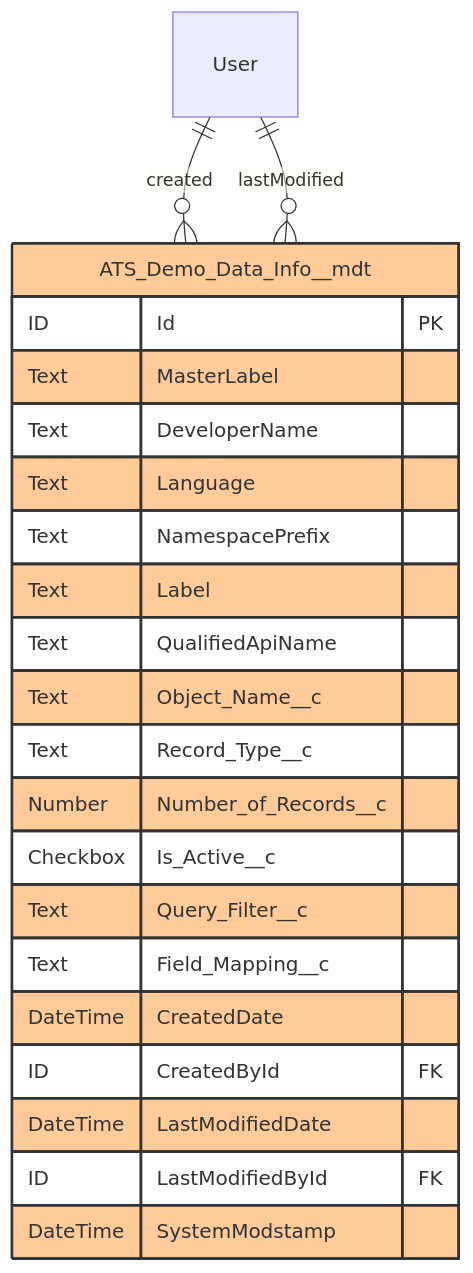
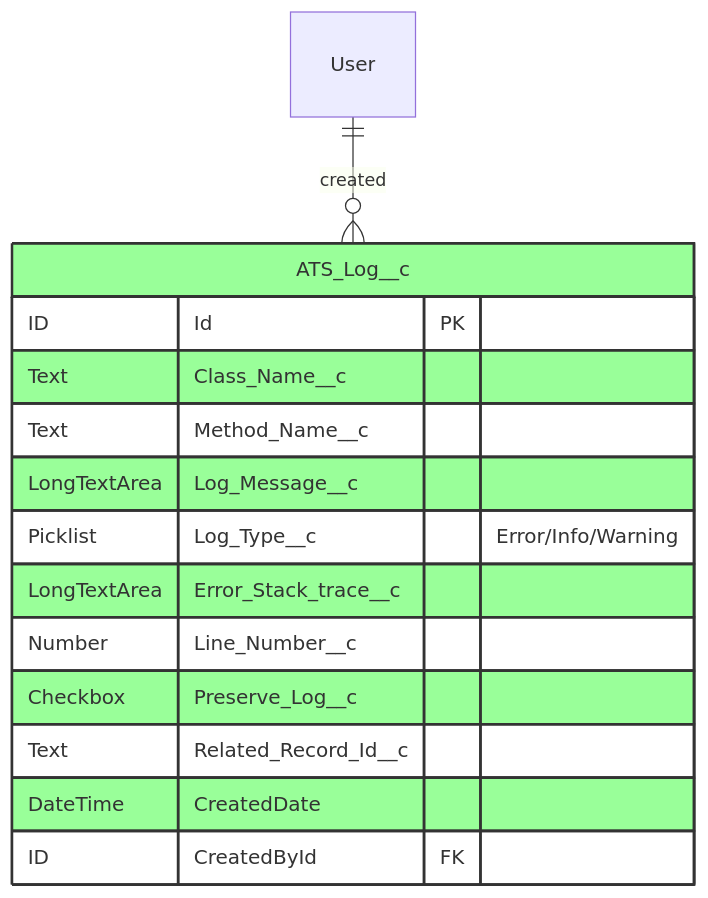
The fifth of 6 diagrams in ATS/ERD_Missing_Objects_Complete.md (asymblinc/ProductDocumentations), drawn with Mermaid before and after one commit. The commit also changed other lines of this file and 12 other files, not shown here.

First line of the commit message:
docs(ATS): refresh against bpats master, remove fabricated content

````diff
--- a/ATS/ERD_Missing_Objects_Complete.md
+++ b/ATS/ERD_Missing_Objects_Complete.md
@@ -169,31 +157,21 @@
 ```mermaid
 erDiagram
-    ATS_Demo_Data_Info__mdt {
+    ATS_Log__c {
         ID Id PK
-        Text MasterLabel
-        Text DeveloperName
-        Text Language
-        Text NamespacePrefix
-        Text Label
-        Text QualifiedApiName
-        Text Object_Name__c
-        Text Record_Type__c
-        Number Number_of_Records__c
-        Checkbox Is_Active__c
-        Text Query_Filter__c
-        Text Field_Mapping__c
+        Text Class_Name__c
+        Text Method_Name__c
+        LongTextArea Log_Message__c
+        Picklist Log_Type__c "Error/Info/Warning"
+        LongTextArea Error_Stack_trace__c
+        Number Line_Number__c
+        Checkbox Preserve_Log__c
+        Text Related_Record_Id__c
         DateTime CreatedDate
         ID CreatedById FK
-        DateTime LastModifiedDate
-        ID LastModifiedById FK
-        DateTime SystemModstamp
     }
-    
-    User ||--o{ ATS_Demo_Data_Info__mdt : "created"
-    User ||--o{ ATS_Demo_Data_Info__mdt : "lastModified"
-    
-    %% Color coding
-    classDef metadata fill:#ffcc99,stroke:#333,stroke-width:2px
-    
-    class ATS_Demo_Data_Info__mdt metadata
+
+    User ||--o{ ATS_Log__c : "created"
+
+    classDef standard fill:#99ff99,stroke:#333,stroke-width:2px
+    class ATS_Log__c standard
 ```
````
